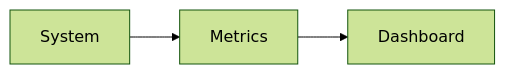
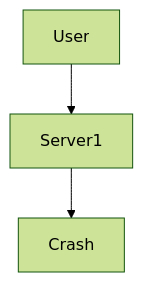
The third of 11 diagrams in systemdesign/7. Performance and Latency Considerations/Concept.md (dbajajmnk/systemdesign), drawn with Mermaid (forest theme) before and after one commit. The commit also changed other lines of this file and 4 other files, not shown here.

````diff
--- a/systemdesign/7. Performance and Latency Considerations/Concept.md
+++ b/systemdesign/7. Performance and Latency Considerations/Concept.md
@@ -139,4 +104,6 @@
 ```mermaid
-flowchart LR
-    System --> Metrics --> Dashboard
+flowchart TD
+
+User --> Server1
+Server1 --> Crash
 ```
````
